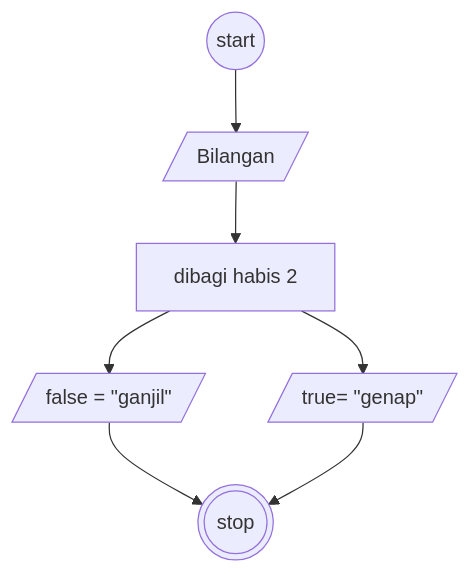
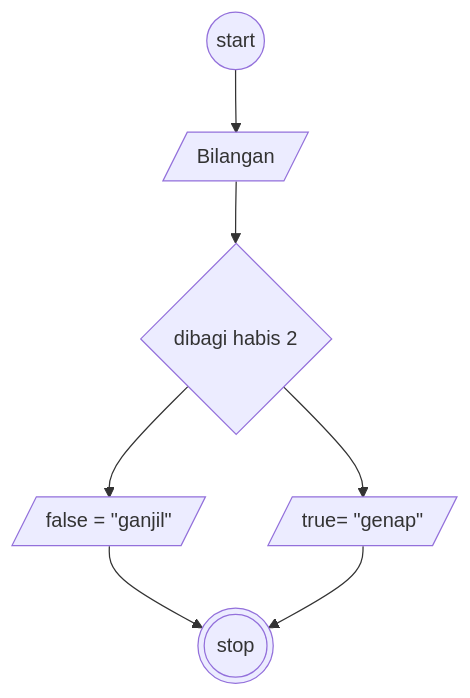
One commit to MuhammadWahyuPratama/koda-b8-algoritma changed the diagram in ganjil-genap.md. Above: the diagram before and after it, drawn with Mermaid.

````diff
--- a/ganjil-genap.md
+++ b/ganjil-genap.md
@@ -17,14 +17,14 @@
 ```mermaid
 flowchart TD
 
 start@{shape: circle, label: "start"}
 bilangan@{shape : lean-r , label: "Bilangan"}
-proses@{shape: rect, label: "dibagi habis 2"}
+proses@{shape: diamond, label: "dibagi habis 2"}
 hasil@{shape: lean-r , label: true= "genap"}
 hasil2@{shape: lean-r , label: false = "ganjil"}
 selesai@{shape: dbl-circ, label: "stop"}
 
 start-->bilangan-->proses-->hasil
 proses-->hasil2-->selesai
 hasil-->selesai
 ```
````
